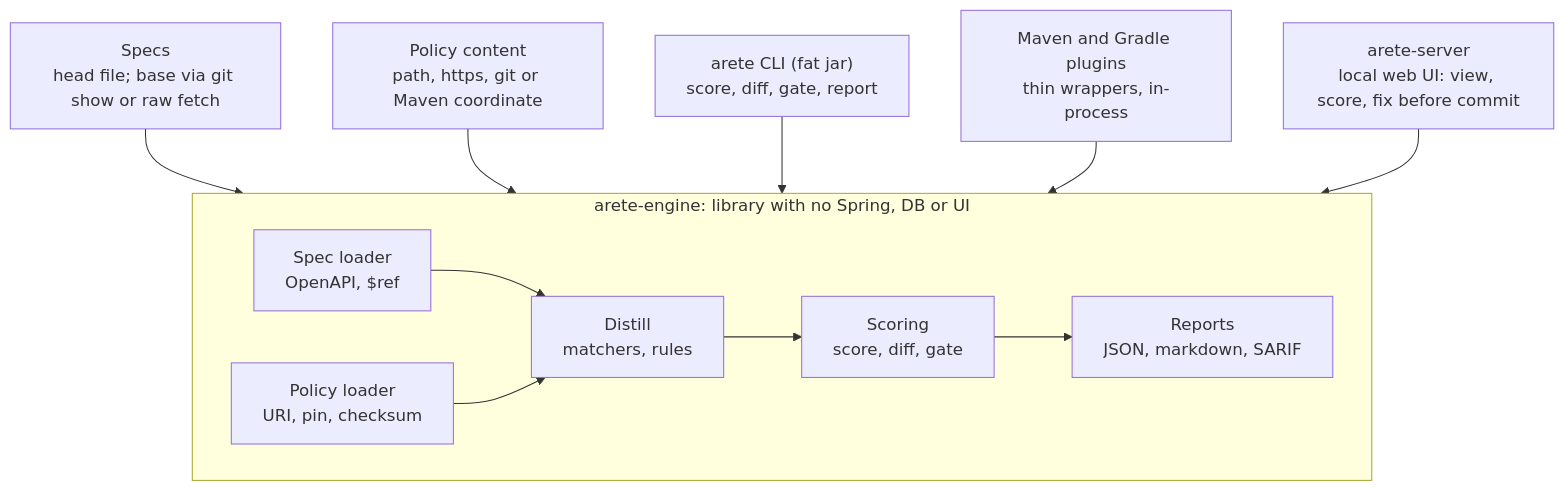
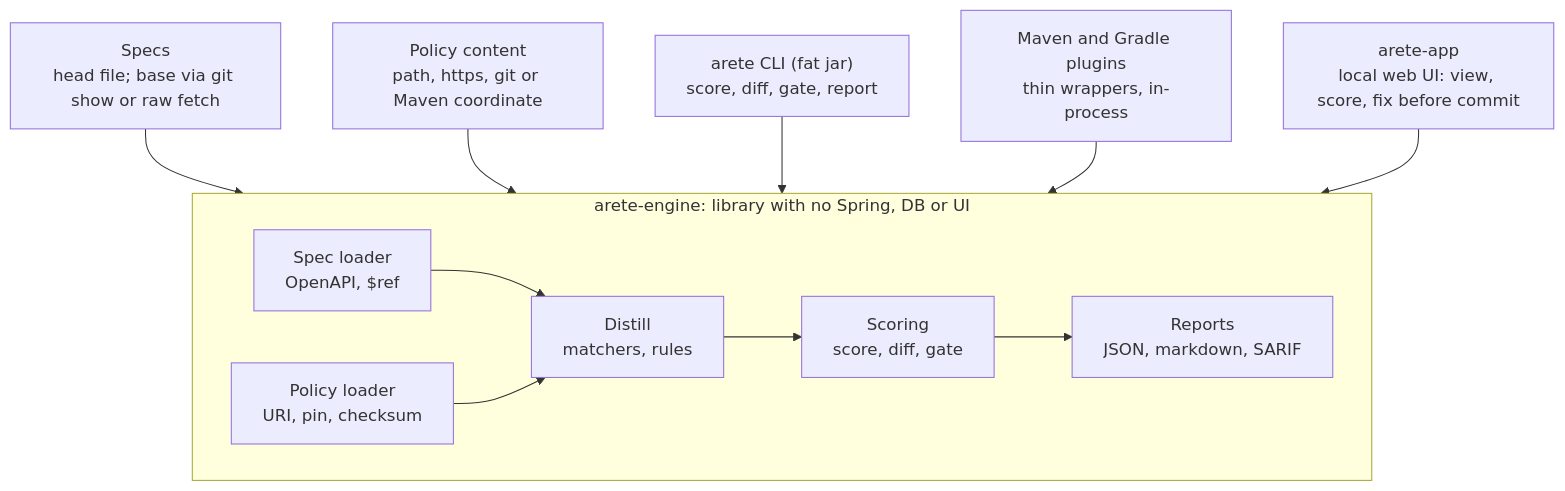
The diagram in design-notes/serverless-core-plan.md (johnjoeallen/arete), drawn with Mermaid before and after one commit. The commit also changed other lines of this file and 9 other files, not shown here.

````diff
--- a/design-notes/serverless-core-plan.md
+++ b/design-notes/serverless-core-plan.md
@@ -27,26 +27,26 @@
 ```mermaid
 flowchart TB
     cli["arete CLI (fat jar)<br/>score, diff, gate, report"]
     plugins["Maven and Gradle plugins<br/>thin wrappers, in-process"]
-    server["arete-server<br/>local web UI: view, score, fix before commit"]
+    server["arete-app<br/>local web UI: view, score, fix before commit"]
 
     subgraph engine["arete-engine: library with no Spring, DB or UI"]
         direction LR
         spec["Spec loader<br/>OpenAPI, $ref"]
         distill["Distill<br/>matchers, rules"]
         policy["Policy loader<br/>URI, pin, checksum"]
         scoring["Scoring<br/>score, diff, gate"]
         reports["Reports<br/>JSON, markdown, SARIF"]
         spec --> distill --> scoring --> reports
         policy --> distill
     end
 
     specs["Specs<br/>head file; base via git show or raw fetch"]
     content["Policy content<br/>path, https, git or Maven coordinate"]
 
     cli --> engine
     plugins --> engine
     server --> engine
     specs --> spec
     content --> policy
 ```
````
